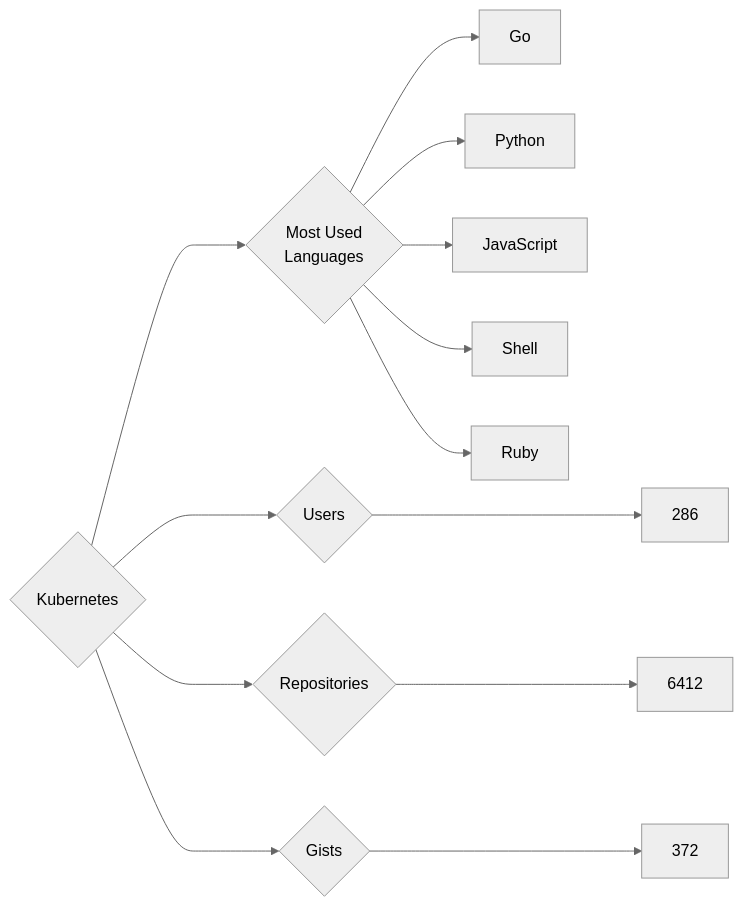
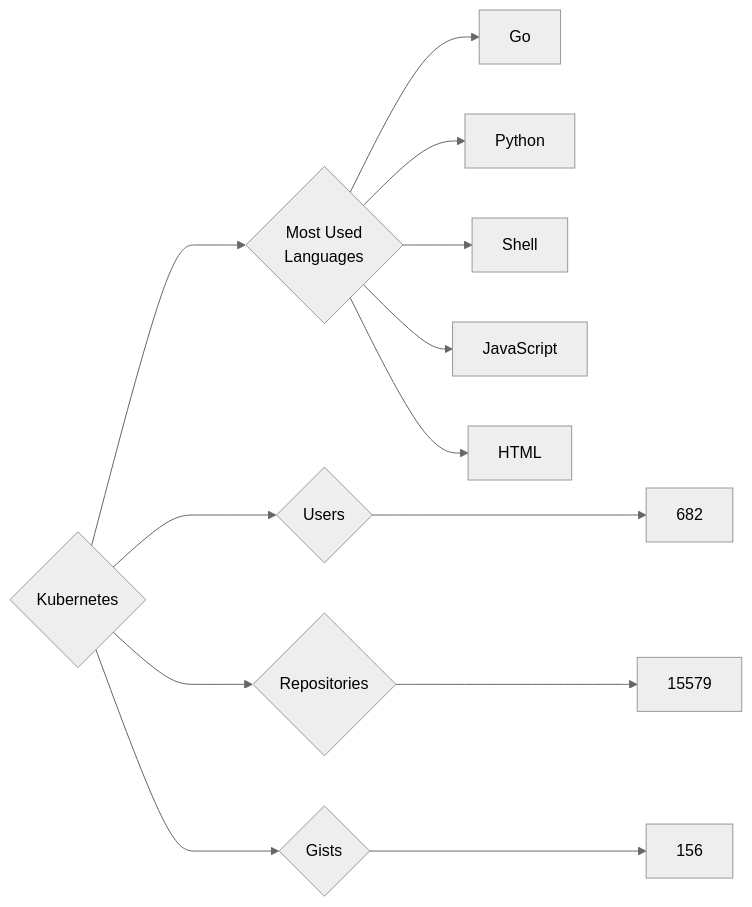
Before and after one commit to trickest/insiders: the diagram in targets/Kubernetes/README.md, drawn with Mermaid (neutral theme). The commit also changed 750 other files, not shown here.

````diff
--- a/targets/Kubernetes/README.md
+++ b/targets/Kubernetes/README.md
@@ -3,13 +3,13 @@
 ```mermaid
 graph LR
 COMPANY_NAME{Kubernetes}
-COMPANY_NAME ---> U{Users} ---> UN[286]
-COMPANY_NAME ---> R{Repositories} ---> RN[6412]
-COMPANY_NAME ---> G{Gists} ---> GN[372]
+COMPANY_NAME ---> U{Users} ---> UN[682]
+COMPANY_NAME ---> R{Repositories} ---> RN[15579]
+COMPANY_NAME ---> G{Gists} ---> GN[156]
 COMPANY_NAME ---> ML{Most Used<br>Languages}
 ML --> Go[Go]
 ML --> Python[Python]
+ML --> Shell[Shell]
 ML --> JavaScript[JavaScript]
-ML --> Shell[Shell]
-ML --> Ruby[Ruby]
+ML --> HTML[HTML]
 ```
````
